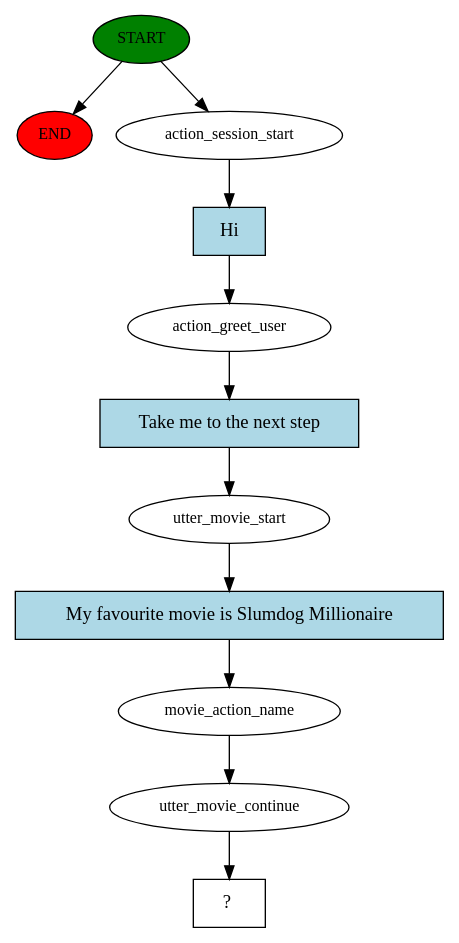
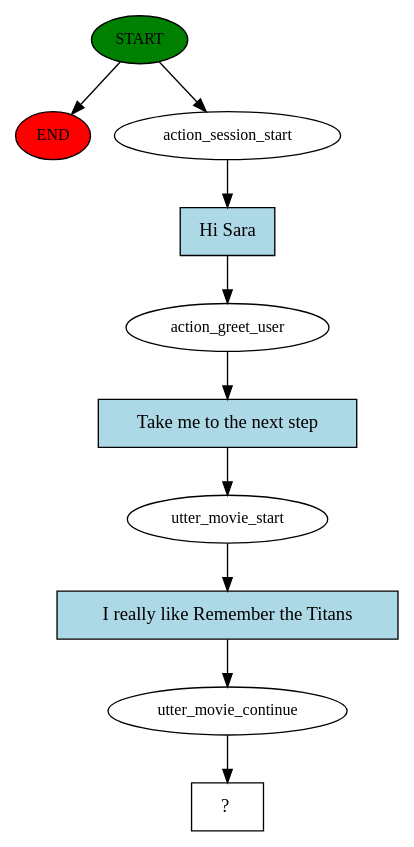
The diagram in story_graph.dot (JavaiMaster/rasa-demo), drawn with Graphviz before and after one commit. The commit also changed 5 other files, not shown here.

```diff
--- a/story_graph.dot
+++ b/story_graph.dot
@@ -1,23 +1,21 @@
 digraph  {
 0 [class="start active", fillcolor=green, fontsize=12, label=START, style=filled];
 "-1" [class=end, fillcolor=red, fontsize=12, label=END, style=filled];
 1 [class=active, fontsize=12, label=action_session_start];
 2 [class=active, fontsize=12, label=action_greet_user];
 3 [class=active, fontsize=12, label=utter_movie_start];
-4 [class=active, fontsize=12, label=movie_action_name];
-5 [class=active, fontsize=12, label=utter_movie_continue];
-6 [class="intent dashed active", label="  ?  ", shape=rect];
-7 [class="intent active", fillcolor=lightblue, label=Hi, shape=rect, style=filled];
-8 [class="intent active", fillcolor=lightblue, label="Take me to the next step", shape=rect, style=filled];
-9 [class="intent active", fillcolor=lightblue, label="My favourite movie is Slumdog Millionaire", shape=rect, style=filled];
+4 [class=active, fontsize=12, label=utter_movie_continue];
+5 [class="intent dashed active", label="  ?  ", shape=rect];
+6 [class="intent active", fillcolor=lightblue, label="Hi Sara", shape=rect, style=filled];
+7 [class="intent active", fillcolor=lightblue, label="Take me to the next step", shape=rect, style=filled];
+8 [class="intent active", fillcolor=lightblue, label="I really like Remember the Titans", shape=rect, style=filled];
 0 -> "-1"  [class="", key=NONE, label=""];
 0 -> 1  [class=active, key=NONE, label=""];
-1 -> 7  [class=active, key=0];
-2 -> 8  [class=active, key=0];
-3 -> 9  [class=active, key=0];
+1 -> 6  [class=active, key=0];
+2 -> 7  [class=active, key=0];
+3 -> 8  [class=active, key=0];
 4 -> 5  [class=active, key=NONE, label=""];
-5 -> 6  [class=active, key=NONE, label=""];
-7 -> 2  [class=active, key=0];
-8 -> 3  [class=active, key=0];
-9 -> 4  [class=active, key=0];
+6 -> 2  [class=active, key=0];
+7 -> 3  [class=active, key=0];
+8 -> 4  [class=active, key=0];
 }
```
